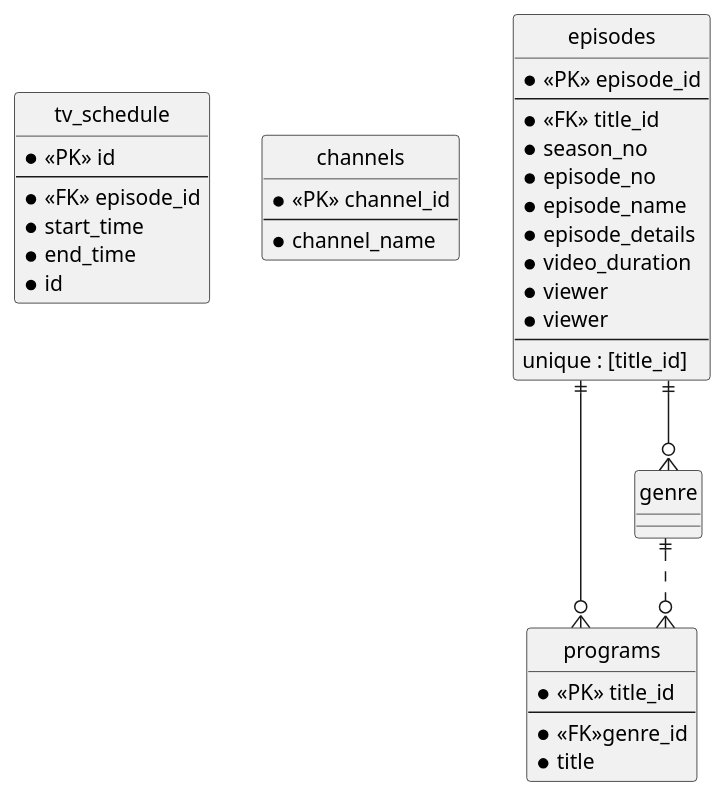
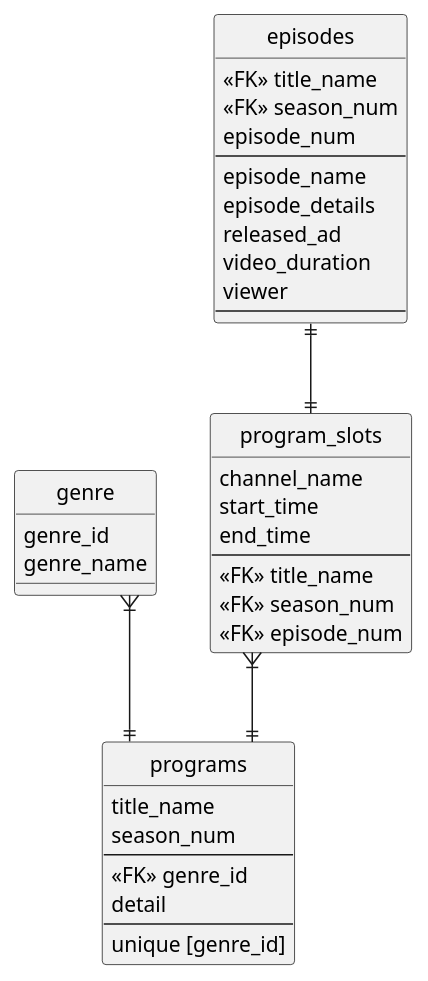
Before and after one commit to ryumasann/databese_practice: the diagram in assignment/internet_TV.pu, drawn with PlantUML. The commit also changed other lines of this file and 2 other files, not shown here.

Commit message:
update ER

```diff
--- a/assignment/internet_TV.pu
+++ b/assignment/internet_TV.pu
@@ -1,57 +10,46 @@
- @startuml test
- hide circle
- skinparam linetype ortho
+@startuml internet_tv
+hide circle
+skinparam linetype ortho
 
- entity tv_schedule {
-     * <<PK>> id
-     --
-     * <<FK>> episode_id
-    '  * viewer
-     * start_time
-     * end_time
-     * id
- }
-'  entity tv_schedule {
-'      * <<PK>> id
-'      --
-'      * <<FK>> episode_id
-'      * viewer
-'      * start_time
-'      * end_time
-'      * id
-'  }
+entity program_slots {
+    channel_name
+    start_time
+    end_time
+    --
+    <<FK>> title_name
+    <<FK>> season_num
+    <<FK>> episode_num
+}
 
- entity channels {
-     * <<PK>> channel_id
-     --
-     * channel_name
- }
+entity programs {
+    title_name
+    season_num
+    --
+    <<FK>> genre_id
+    detail
+    --
+    unique [genre_id]
+}
 
- entity episodes {
-    ' * 表示修飾子は必須属性を表します。 空白を1文字後ろに入れることで、強調{**}と解釈されることを防ぐと良いでしょう:
-     * <<PK>> episode_id
-     --
-     * <<FK>> title_id
-     * season_no
-     * episode_no
-     * episode_name
-     * episode_details
-     * video_duration
-     * viewer
-     * viewer
-     --
-     unique : [title_id]
- }
+entity genre {
+    genre_id
+    genre_name
+}
 
- entity programs {
-     * <<PK>> title_id
-     --
-     * <<FK>>genre_id
-     * title
- }
+entity episodes {
+    <<FK>> title_name
+    <<FK>> season_num
+    episode_num
+    --
+    episode_name
+    episode_details
+    released_ad
+    video_duration
+    viewer
+    --
+}
 
-
- episodes ||--o{ genre
- genre ||..o{ programs
- episodes ||--o{ programs
- @enduml
+program_slots }|--|| programs
+genre }|--|| programs
+episodes ||--|| program_slots
+@endumls
```
